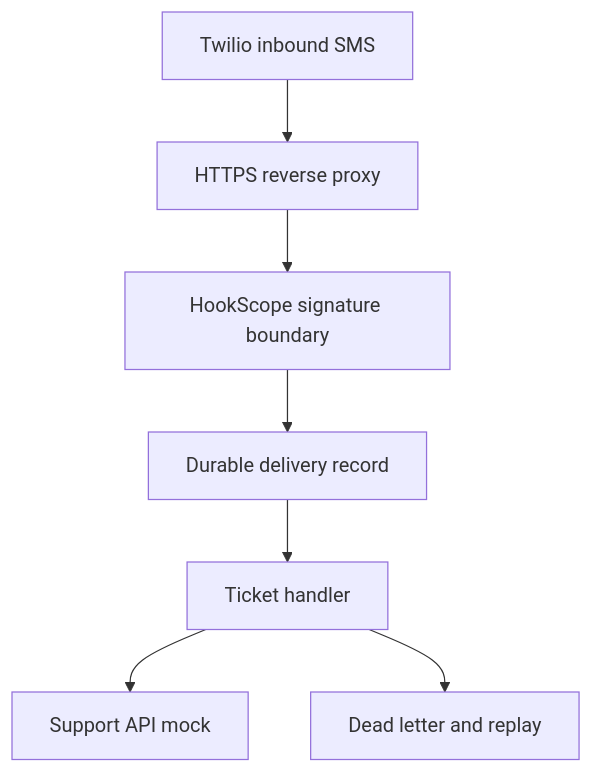
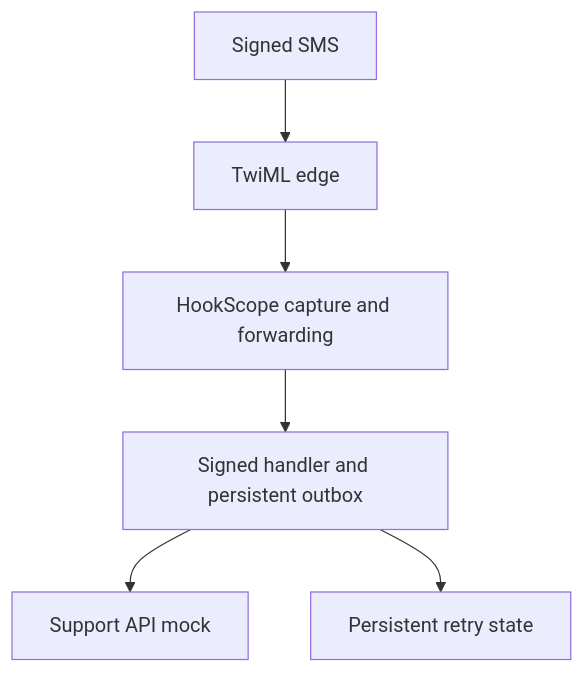
One commit to chinmaya-chhatre/integration-cookbook-prod changed the first of 2 diagrams in recipes/twilio-sms-to-support-ticket/README.md. Above: the diagram before and after it, drawn with Mermaid. The commit also changed other lines of this file and 15 other files, not shown here.

Commit message:
R5.2: Run the signed SMS stack with durable TwiML acceptance

````diff
--- a/recipes/twilio-sms-to-support-ticket/README.md
+++ b/recipes/twilio-sms-to-support-ticket/README.md
@@ -11,9 +12,8 @@
 ```mermaid
 flowchart TD
-    T[Twilio inbound SMS] --> P[HTTPS reverse proxy]
-    P --> H[HookScope signature boundary]
-    H --> Q[Durable delivery record]
-    Q --> W[Ticket handler]
+    T[Signed SMS] --> E[TwiML edge]
+    E --> H[HookScope capture and forwarding]
+    H --> W[Signed handler and persistent outbox]
     W --> S[Support API mock]
-    W --> D[Dead letter and replay]
+    W --> D[Persistent retry state]
 ```
````
